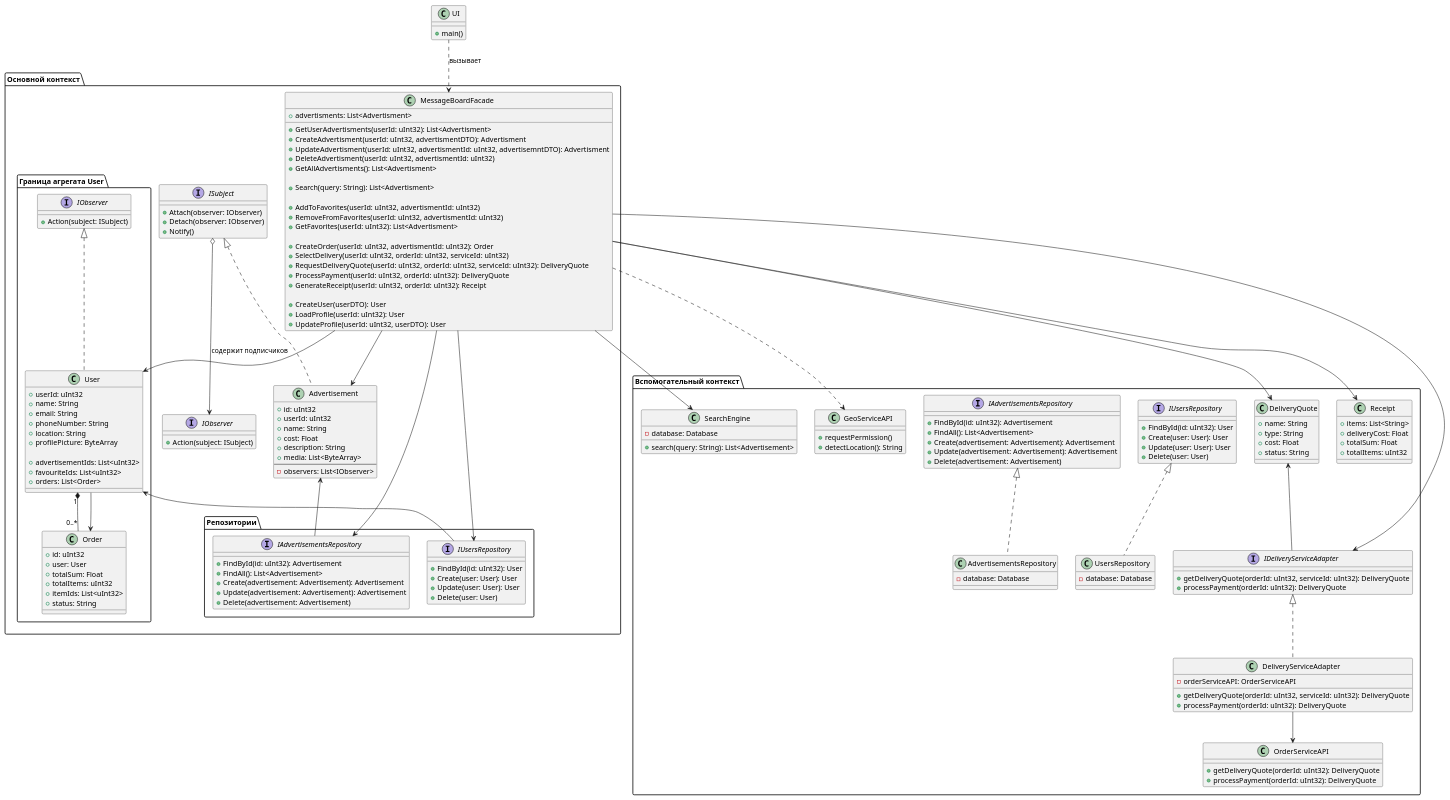
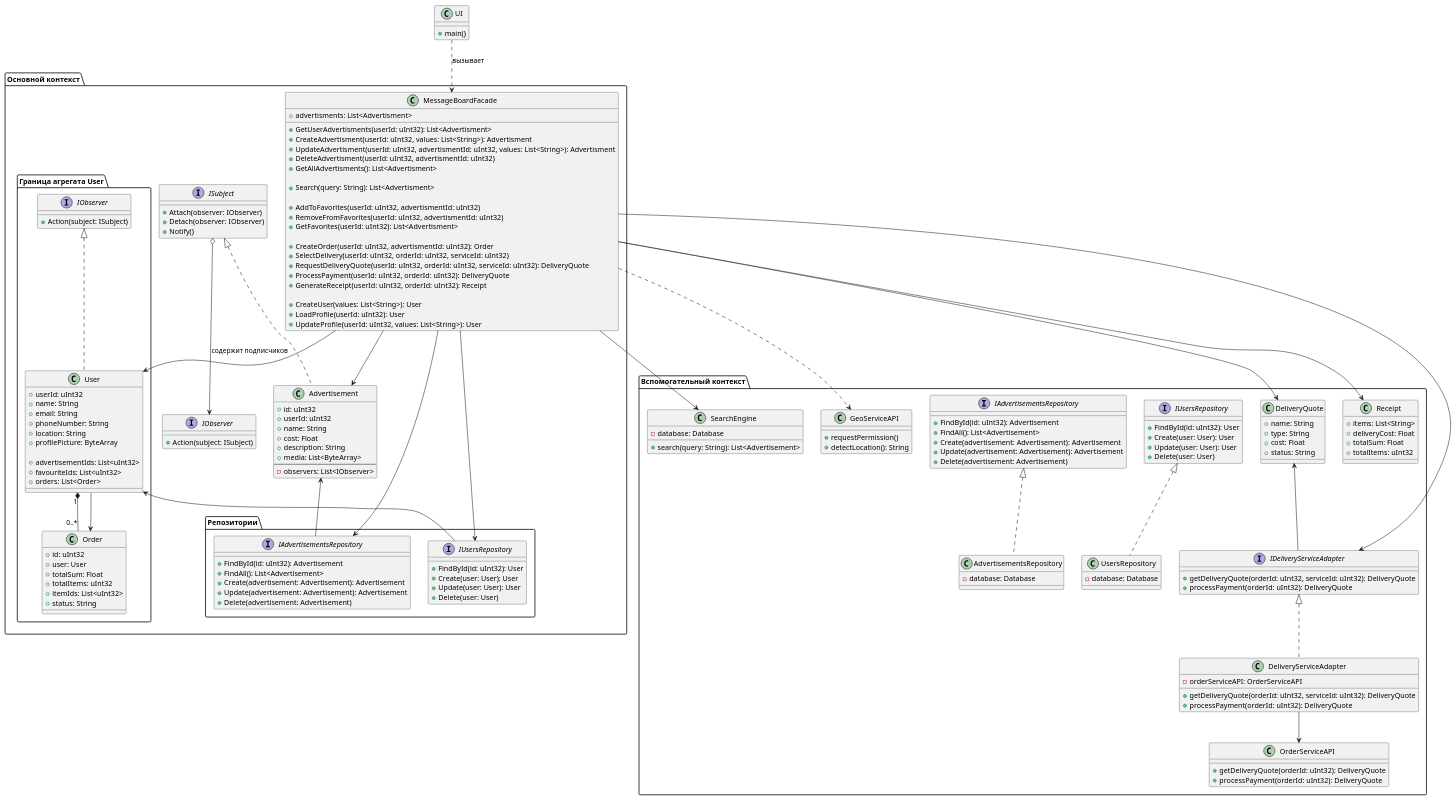
Before and after one commit to penamarth/bsbo-02-23_team3_var13_messboard: the diagram in Диаграмма предментой области (диаграмма классов).md, drawn with PlantUML. The commit also changed 26 other files, not shown here.

```diff
--- a/Диаграмма предментой области (диаграмма классов).md
+++ b/Диаграмма предментой области (диаграмма классов).md
@@ -22,8 +22,8 @@
   + advertisments: List<Advertisment>
 
   + GetUserAdvertisments(userId: uInt32): List<Advertisment>
-  + CreateAdvertisment(userId: uInt32, advertismentDTO): Advertisment
-  + UpdateAdvertisment(userId: uInt32, advertismentId: uInt32, advertisemntDTO): Advertisment
+  + CreateAdvertisment(userId: uInt32, values: List<String>): Advertisment
+  + UpdateAdvertisment(userId: uInt32, advertismentId: uInt32, values: List<String>): Advertisment
   + DeleteAdvertisment(userId: uInt32, advertismentId: uInt32)
   + GetAllAdvertisments(): List<Advertisment>
 
@@ -39,9 +39,9 @@
   + ProcessPayment(userId: uInt32, orderId: uInt32): DeliveryQuote
   + GenerateReceipt(userId: uInt32, orderId: uInt32): Receipt
 
-  + CreateUser(userDTO): User
+  + CreateUser(values: List<String>): User
   + LoadProfile(userId: uInt32): User
-  + UpdateProfile(userId: uInt32, userDTO): User
+  + UpdateProfile(userId: uInt32, values: List<String>): User
 }
 
 package "Репозитории" {
```
